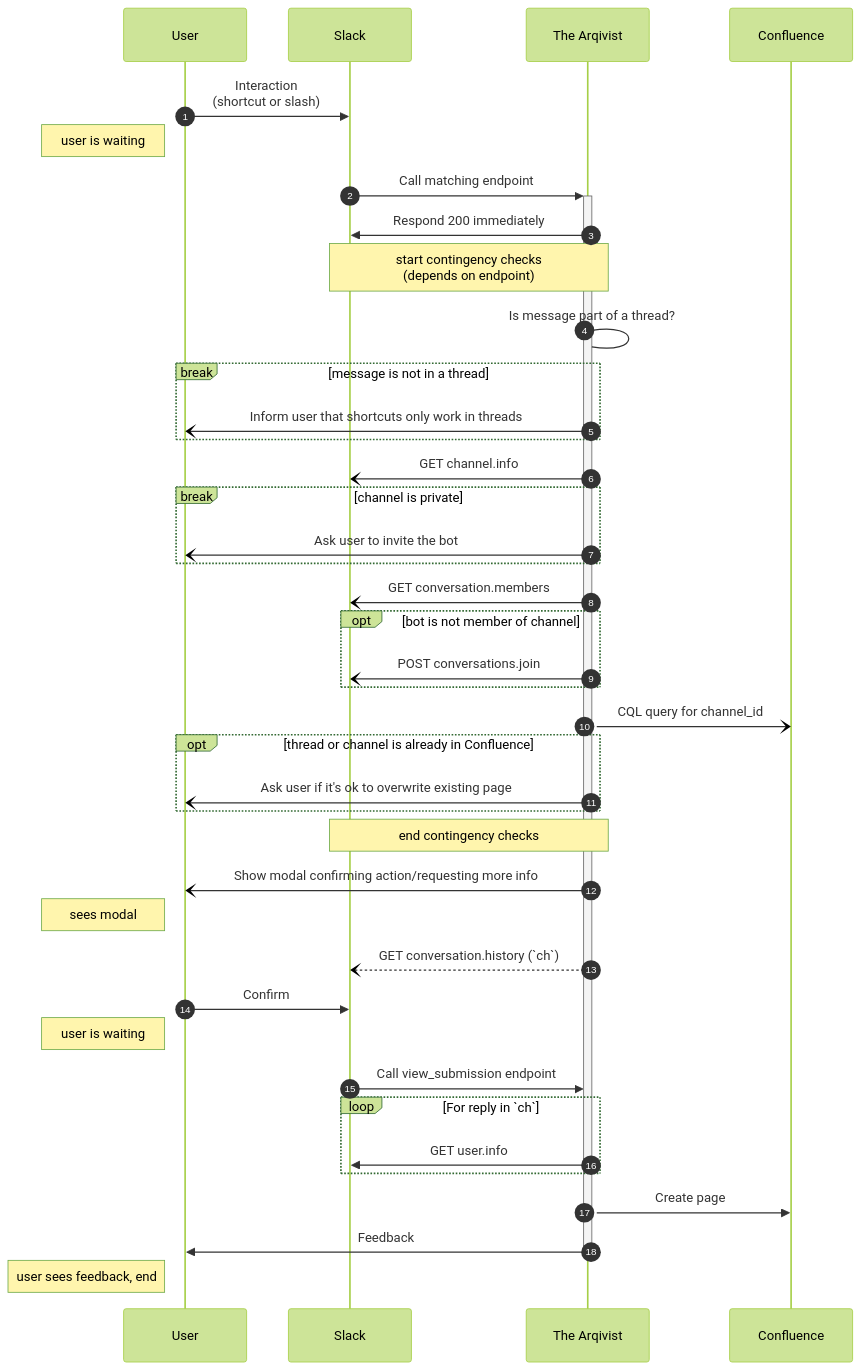
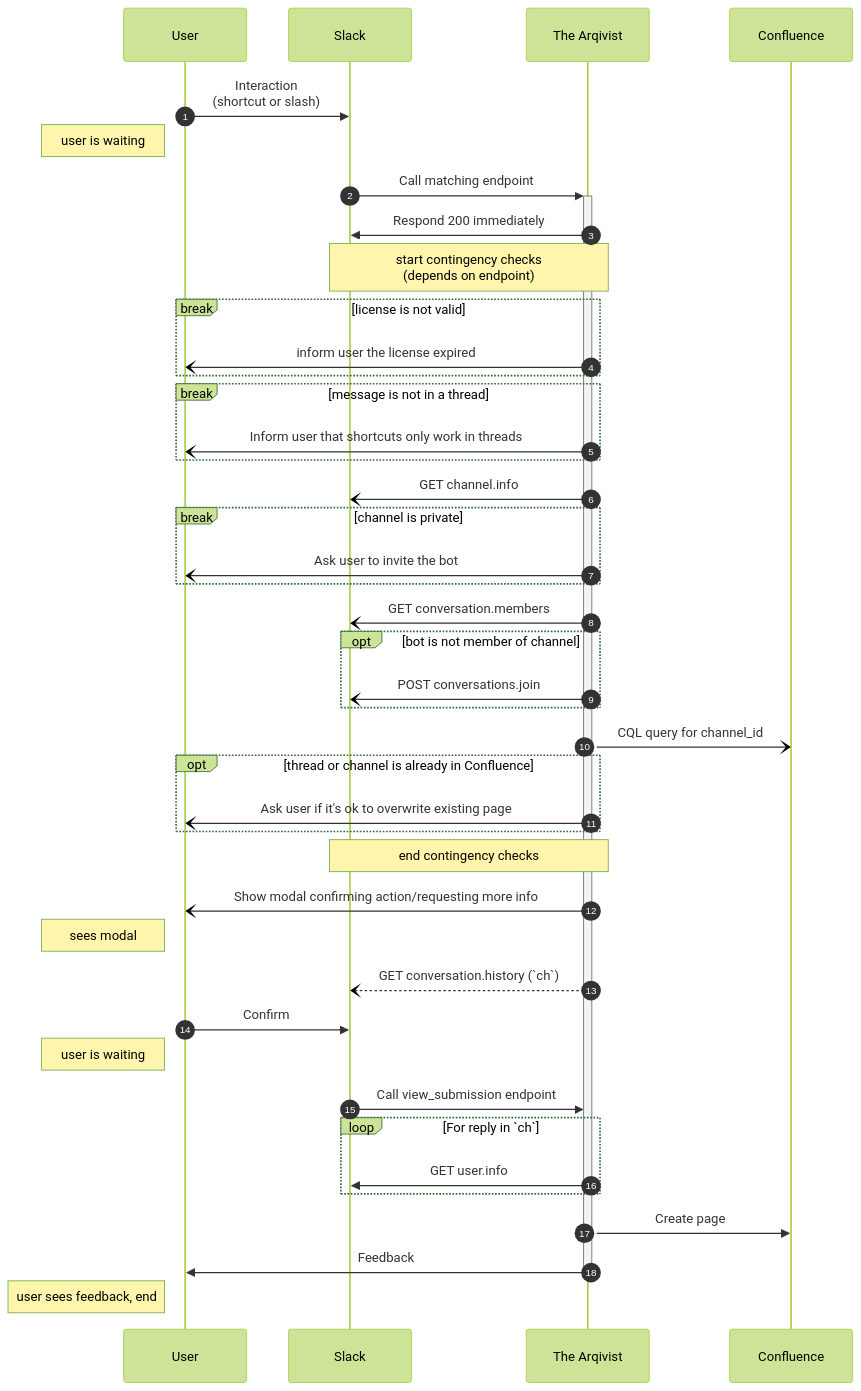
One commit to jcpsantiago/thearqivist changed the diagram in docs/internals.md. Above: the diagram before and after it, drawn with Mermaid (forest theme). The commit also changed other lines of this file and 3 other files, not shown here.

````diff
--- a/docs/internals.md
+++ b/docs/internals.md
@@ -7,42 +14,48 @@
 ```mermaid
 sequenceDiagram
     autonumber
     participant U as User
     participant S as Slack
     participant A as The Arqivist
     participant C as Confluence
     U->>S: Interaction<br>(shortcut or slash)
     Note left of U: user is waiting
     S->>+A: Call matching endpoint
     A->>S: Respond 200 immediately
+
     Note over S,A: start contingency checks<br>(depends on endpoint)
-    A->A: Is message part of a thread?
+
+    break license is not valid
+        A-)U: inform user the license expired
+    end
     break message is not in a thread
         A-)U: Inform user that shortcuts only work in threads
     end
     A-)S: GET channel.info
     break channel is private
         A-)U: Ask user to invite the bot
     end
     A-)S: GET conversation.members
     opt bot is not member of channel
         A-)S: POST conversations.join
     end
     A-)C: CQL query for channel_id
     opt thread or channel is already in Confluence
         A-)U: Ask user if it's ok to overwrite existing page
     end
+
     Note over S,A: end contingency checks
+
     A-)U: Show modal confirming action/requesting more info
     Note left of U: sees modal
     A--)S: GET conversation.history (`ch`)
     U->>S: Confirm
     Note left of U: user is waiting
     S->>A: Call view_submission endpoint
     loop For reply in `ch`
         A->>S: GET user.info
     end
     A->>C: Create page
     A->>-U: Feedback
     Note left of U: user sees feedback, end
 ```
````
